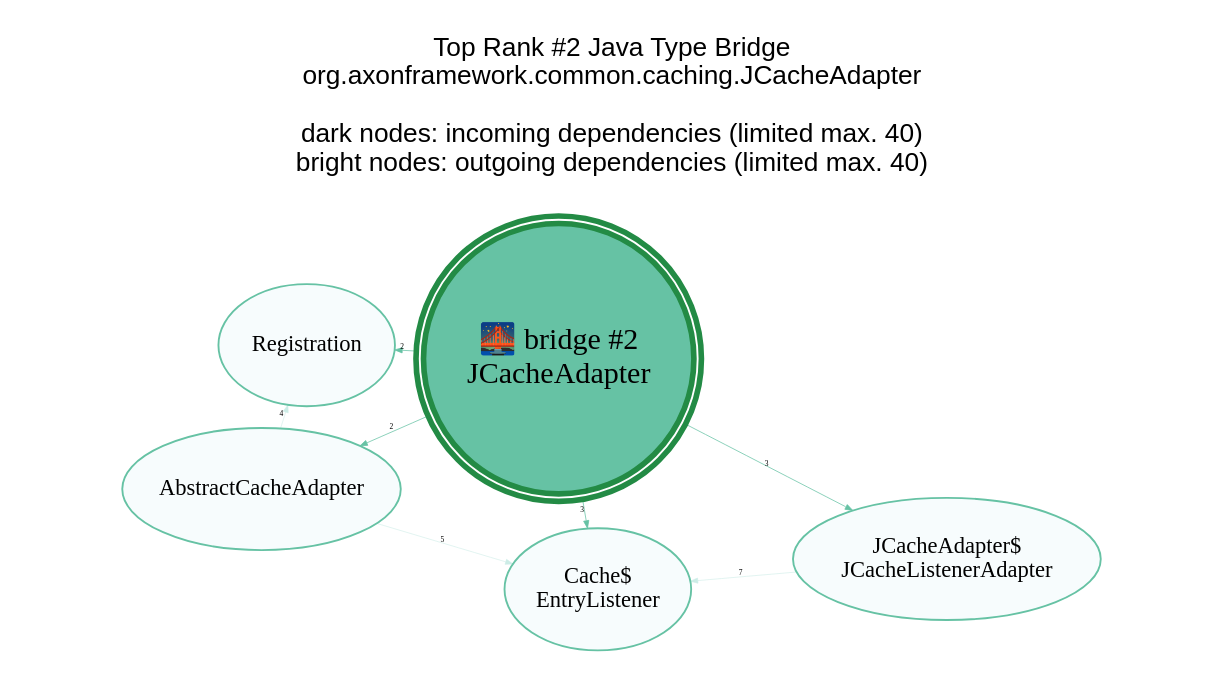
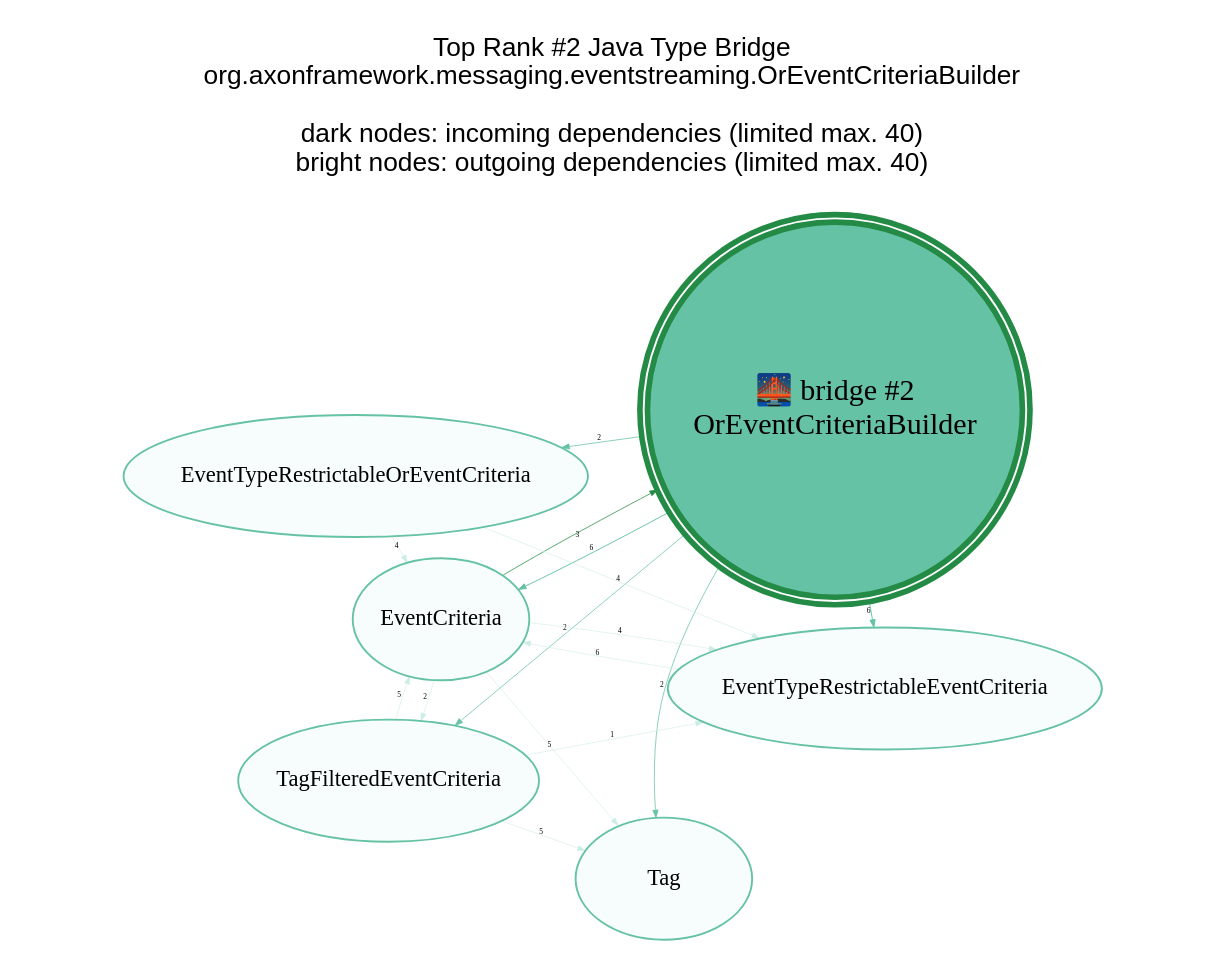
The diagram in analysis-results/AxonFramework/AxonFramework-5.1.2/anomaly-detection/Java_Type/GraphVisualizations/graphviz/TopBridge2.gv (JohT/code-graph-analysis-examples), drawn with Graphviz before and after one commit. The commit also changed 505 other files, not shown here.

```diff
--- a/analysis-results/AxonFramework/AxonFramework-5.1.2/anomaly-detection/Java_Type/GraphVisualizations/graphviz/TopBridge2.gv
+++ b/analysis-results/AxonFramework/AxonFramework-5.1.2/anomaly-detection/Java_Type/GraphVisualizations/graphviz/TopBridge2.gv
@@ -1,24 +1,32 @@
 // This GraphViz dot file was generated by the script convertQueryResultCsvToGraphVizDotFile.sh with TopCentral.template
 
 strict digraph TopBridge2 {
     graph [layout = "fdp"; start = "7"; splines = "spline"; pad = "0.8,0.1"; outputorder = "edgesfirst";];
     graph [fontname = "Helvetica,Arial,sans-serif"; labelloc = "t";];
     node [colorscheme = "bugn9"; color = 6; fillcolor = 3;];
     edge [colorscheme = "bugn9"; color = 7;];
     node [fontsize = 12; style = "filled"; margin = "0.03,0.03"; width="1.3"; height="0.9";];
     edge [fontsize = 4; arrowsize = "0.4";];
 
     central [shape = "doublecircle"; height = "2.0"; margin = "0.000001,0.000001";];
     central [fontsize = 16;];
     central [color = 7; fillcolor = 5; penwidth = 3;];
 
-	graph   [label="Top Rank #2 Java Type Bridge\norg.axonframework.common.caching.JCacheAdapter\n\ndark nodes: incoming dependencies (limited max. 40)\nbright nodes: outgoing dependencies (limited max. 40)\n\n"];
-	central [label="🌉 bridge #2\nJCacheAdapter"];
-	"Cache$EntryListener_34497" [label = "Cache$\nEntryListener"; color = 5; fillcolor = 1; ]; central -> "Cache$EntryListener_34497" [label=3; weight=3; penwidth=0.4; color = 5];
-	"JCacheAdapter$JCacheListenerAdapter_34475" [label = "JCacheAdapter$\nJCacheListenerAdapter"; color = 5; fillcolor = 1; ]; central -> "JCacheAdapter$JCacheListenerAdapter_34475" [label=3; weight=3; penwidth=0.4; color = 5];
-	"AbstractCacheAdapter_34474" [label = "AbstractCacheAdapter"; color = 5; fillcolor = 1; ]; central -> "AbstractCacheAdapter_34474" [label=2; weight=2; penwidth=0.4; color = 5];
-	"Registration_34496" [label = "Registration"; color = 5; fillcolor = 1; ]; central -> "Registration_34496" [label=2; weight=2; penwidth=0.4; color = 5];
-	"JCacheAdapter$JCacheListenerAdapter_34475" -> "Cache$EntryListener_34497" [label=7; weight=7; penwidth=0.3; color = 3]
-	"AbstractCacheAdapter_34474" -> "Cache$EntryListener_34497" [label=5; weight=5; penwidth=0.3; color = 3]
-	"AbstractCacheAdapter_34474" -> "Registration_34496" [label=4; weight=4; penwidth=0.3; color = 3]
+	graph   [label="Top Rank #2 Java Type Bridge\norg.axonframework.messaging.eventstreaming.OrEventCriteriaBuilder\n\ndark nodes: incoming dependencies (limited max. 40)\nbright nodes: outgoing dependencies (limited max. 40)\n\n"];
+	central [label="🌉 bridge #2\nOrEventCriteriaBuilder"];
+	"EventCriteria_11787" [label = "EventCriteria"; ]; "EventCriteria_11787" -> central [label=3; weight=3; penwidth=0.4];
+	"EventCriteria_11787" [label = "EventCriteria"; color = 5; fillcolor = 1; ]; central -> "EventCriteria_11787" [label=6; weight=6; penwidth=0.5; color = 5];
+	"EventTypeRestrictableEventCriteria_11796" [label = "EventTypeRestrictableEventCriteria"; color = 5; fillcolor = 1; ]; central -> "EventTypeRestrictableEventCriteria_11796" [label=6; weight=6; penwidth=0.5; color = 5];
+	"EventTypeRestrictableOrEventCriteria_16647" [label = "EventTypeRestrictableOrEventCriteria"; color = 5; fillcolor = 1; ]; central -> "EventTypeRestrictableOrEventCriteria_16647" [label=2; weight=2; penwidth=0.4; color = 5];
+	"Tag_15736" [label = "Tag"; color = 5; fillcolor = 1; ]; central -> "Tag_15736" [label=2; weight=2; penwidth=0.4; color = 5];
+	"TagFilteredEventCriteria_15738" [label = "TagFilteredEventCriteria"; color = 5; fillcolor = 1; ]; central -> "TagFilteredEventCriteria_15738" [label=2; weight=2; penwidth=0.4; color = 5];
+	"EventTypeRestrictableEventCriteria_11796" -> "EventCriteria_11787" [label=6; weight=6; penwidth=0.3; color = 3]
+	"EventCriteria_11787" -> "Tag_15736" [label=5; weight=5; penwidth=0.3; color = 3]
+	"TagFilteredEventCriteria_15738" -> "EventCriteria_11787" [label=5; weight=5; penwidth=0.3; color = 3]
+	"TagFilteredEventCriteria_15738" -> "Tag_15736" [label=5; weight=5; penwidth=0.3; color = 3]
+	"EventCriteria_11787" -> "EventTypeRestrictableEventCriteria_11796" [label=4; weight=4; penwidth=0.3; color = 3]
+	"EventTypeRestrictableOrEventCriteria_16647" -> "EventTypeRestrictableEventCriteria_11796" [label=4; weight=4; penwidth=0.3; color = 3]
+	"EventTypeRestrictableOrEventCriteria_16647" -> "EventCriteria_11787" [label=4; weight=4; penwidth=0.3; color = 3]
+	"EventCriteria_11787" -> "TagFilteredEventCriteria_15738" [label=2; weight=2; penwidth=0.3; color = 3]
+	"TagFilteredEventCriteria_15738" -> "EventTypeRestrictableEventCriteria_11796" [label=1; weight=1; penwidth=0.3; color = 3]
 }
```
